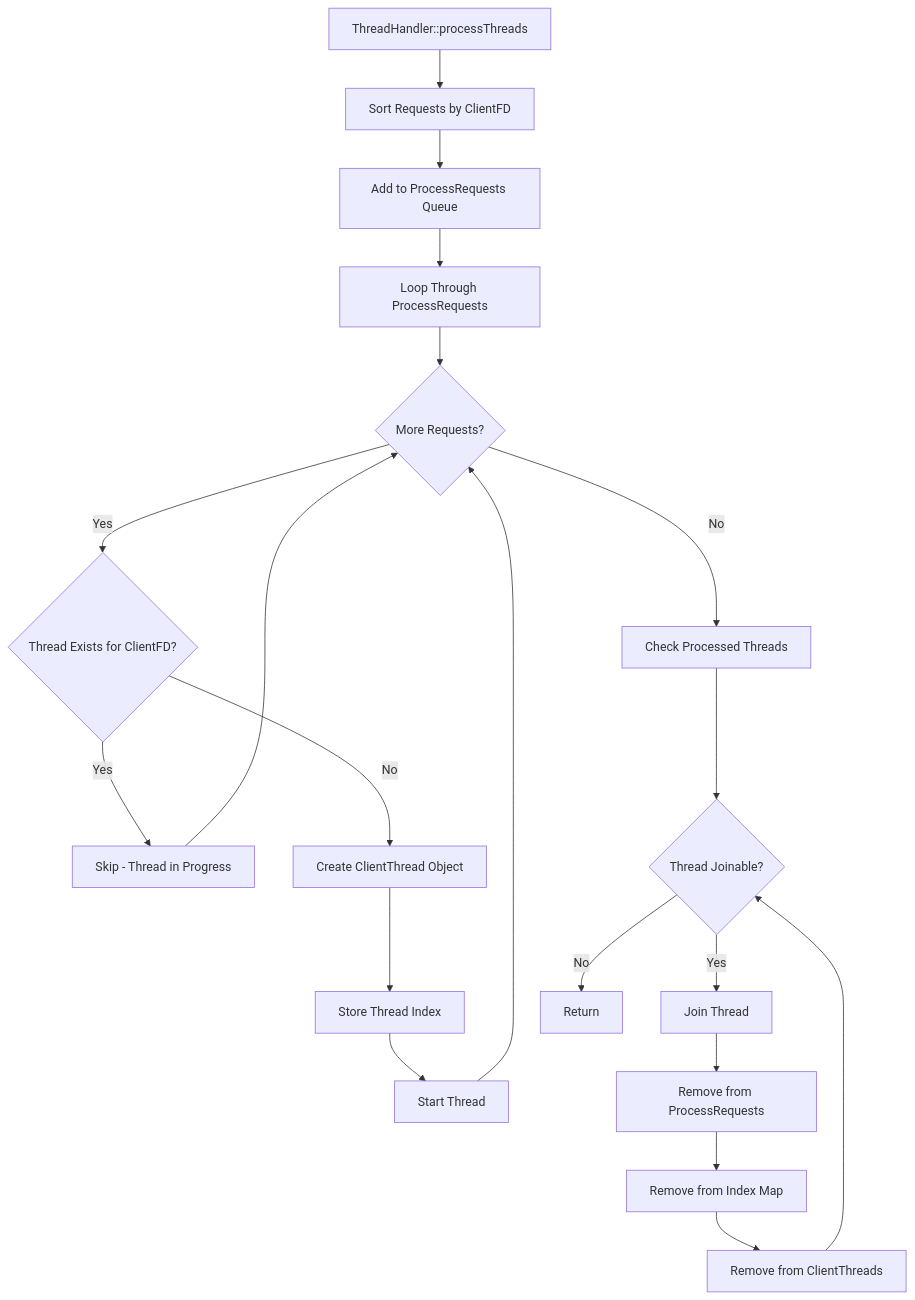
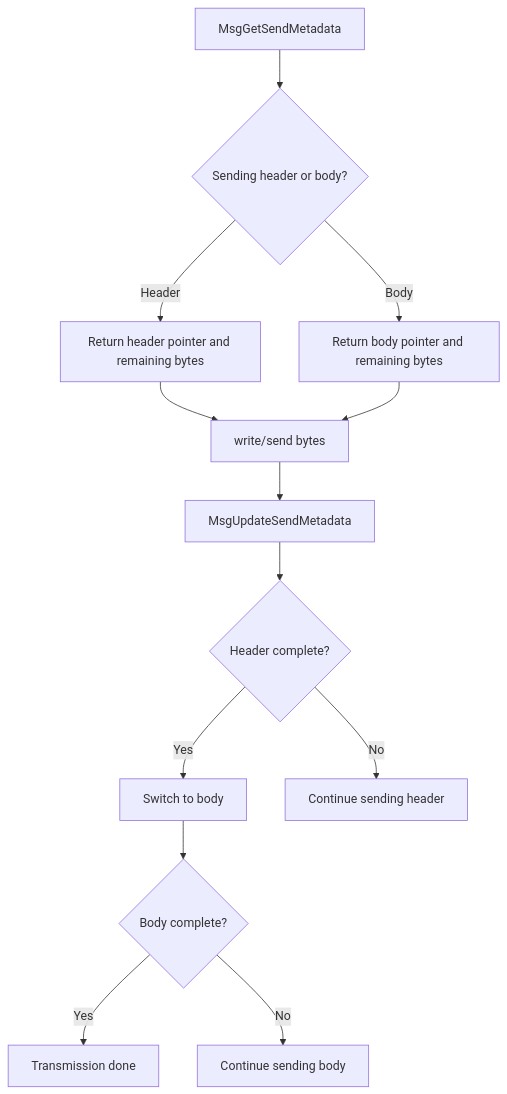
Before and after one commit to WEBcodeX1/http-1.2: diagram 11 of 11 in doc/Graphical-Workflows.rst, drawn with Mermaid. The commit also changed other lines of this file and 22 other files, not shown here.

Commit message:
Refresh docs for current architecture

```diff
--- a/doc/Graphical-Workflows.rst
+++ b/doc/Graphical-Workflows.rst
@@ -252,22 +190,15 @@
 .. mermaid::
 
     flowchart TD;
-    A[ThreadHandler::processThreads] --> B[Sort Requests by ClientFD];
-    B --> C[Add to ProcessRequests Queue];
-    C --> D[Loop Through ProcessRequests];
-    D --> E{More Requests?};
-    E -->|Yes| F{Thread Exists for ClientFD?};
-    F -->|Yes| G[Skip - Thread in Progress];
-    G --> E;
-    F -->|No| H[Create ClientThread Object];
-    H --> I[Store Thread Index];
-    I --> J[Start Thread];
-    J --> E;
-    E -->|No| K[Check Processed Threads];
-    K --> L{Thread Joinable?};
-    L -->|Yes| M[Join Thread];
-    M --> N[Remove from ProcessRequests];
-    N --> O[Remove from Index Map];
-    O --> P[Remove from ClientThreads];
-    P --> L;
-    L -->|No| Q[Return];
+    A[MsgGetSendMetadata] --> B{Sending header or body?};
+    B -->|Header| C[Return header pointer and remaining bytes];
+    B -->|Body| D[Return body pointer and remaining bytes];
+    C --> E[write/send bytes];
+    D --> E;
+    E --> F[MsgUpdateSendMetadata];
+    F --> G{Header complete?};
+    G -->|Yes| H[Switch to body];
+    G -->|No| I[Continue sending header];
+    H --> J{Body complete?};
+    J -->|Yes| K[Transmission done];
+    J -->|No| L[Continue sending body];
```
